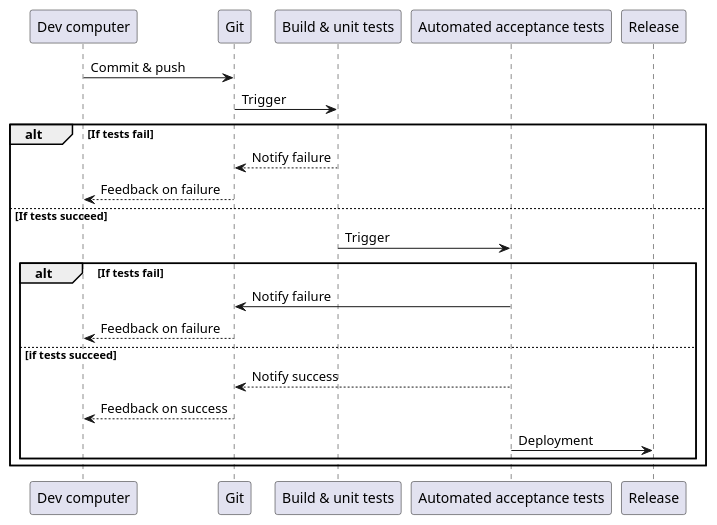
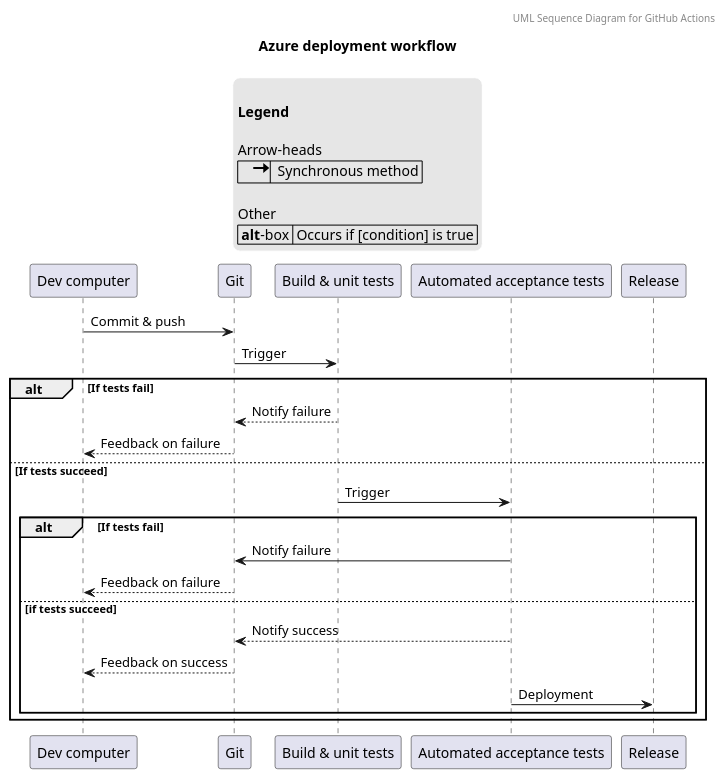
One commit to ITU-BDSA23-GROUP10/Chirp changed the diagram in docs/report_diagrams/UML_sequence_diagrams/main_bdsagroup10chirprazor_UML_act.puml. Above: the diagram before and after it, drawn with PlantUML.

Commit message:
Added title, header and legend

```diff
--- a/docs/report_diagrams/UML_sequence_diagrams/main_bdsagroup10chirprazor_UML_act.puml
+++ b/docs/report_diagrams/UML_sequence_diagrams/main_bdsagroup10chirprazor_UML_act.puml
@@ -1,25 +1,45 @@
 @startuml
+
+title "Azure deployment workflow"
+header "UML Sequence Diagram for GitHub Actions"
+
+skinparam legend {
+  backgroundColor #E6E6E6
+  entrySeparator #E6E6E6
+  borderColor #FFFFFF
+}
+
+legend top
+
+  <b>Legend</b>
+
+  Arrow-heads
+  |    <size:24><&arrow-right></size>|  Synchronous method |
+
+  Other
+  | <b>alt</b>-box | Occurs if [condition] is true |
+endlegend
 
 participant "Dev computer" as Dev
 participant "Git" as Git
 participant "Build & unit tests" as But
 participant "Automated acceptance tests" as Auto
 participant "Release" as Rel
 
 Dev -> Git: Commit & push
 Git -> But: Trigger
 alt If tests fail
     But --> Git: Notify failure
     Git --> Dev: Feedback on failure
 else If tests succeed
 But -> Auto: Trigger
     alt If tests fail
     Auto -> Git: Notify failure
     Git --> Dev: Feedback on failure
     else if tests succeed
         Auto --> Git: Notify success
         Git --> Dev: Feedback on success
         Auto -> Rel: Deployment
     end
 end
 @enduml
```
